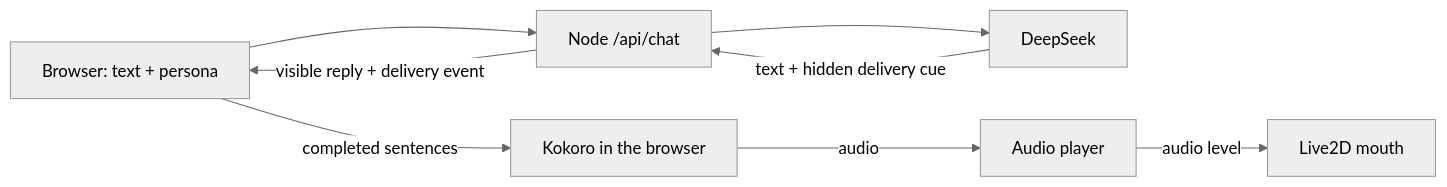
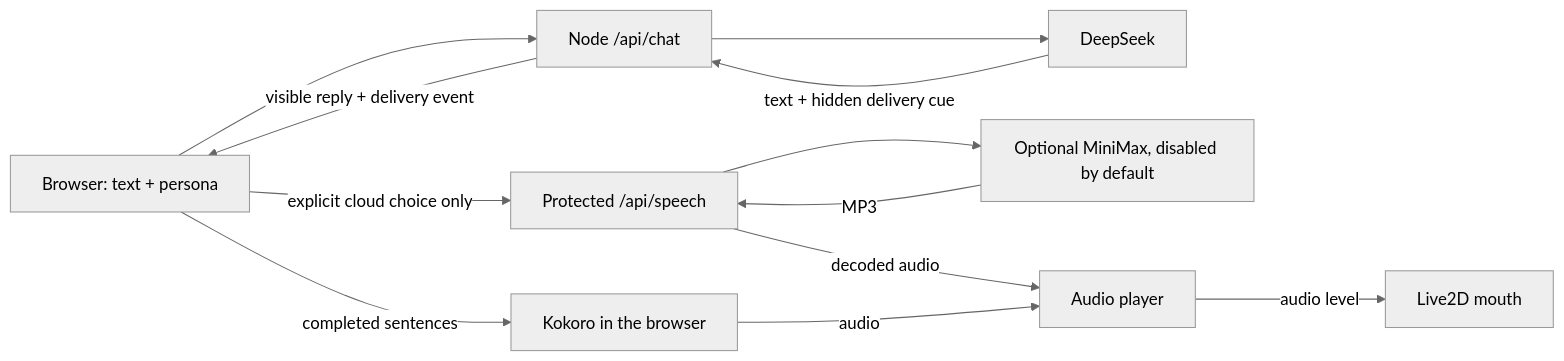
The diagram in README.md (Chenqiang-Zhang/airi-lite), drawn with Mermaid (neutral theme) before and after one commit. The commit also changed other lines of this file and 19 other files, not shown here.

Commit message:
feat: prepare optional cloud voice and lightweight speech modes

````diff
--- a/README.md
+++ b/README.md
@@ -35,10 +35,14 @@
 ```mermaid
 flowchart LR
   U[Browser: text + persona] --> API[Node /api/chat]
   API --> DS[DeepSeek]
   DS -->|text + hidden delivery cue| API
   API -->|visible reply + delivery event| U
   U -->|completed sentences| TTS[Kokoro in the browser]
+  U -->|explicit cloud choice only| SAPI[Protected /api/speech]
+  SAPI --> MTTS[Optional MiniMax, disabled by default]
+  MTTS -->|MP3| SAPI
+  SAPI -->|decoded audio| Player
   TTS -->|audio| Player[Audio player]
   Player -->|audio level| L2D[Live2D mouth]
 ```
````
